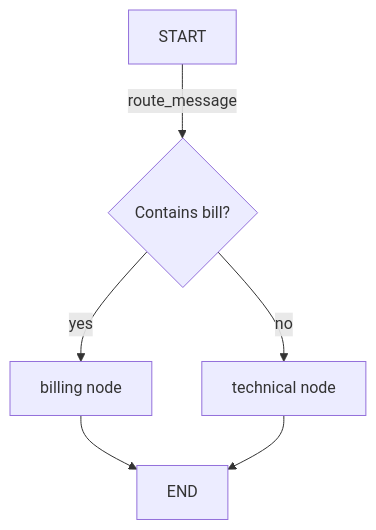
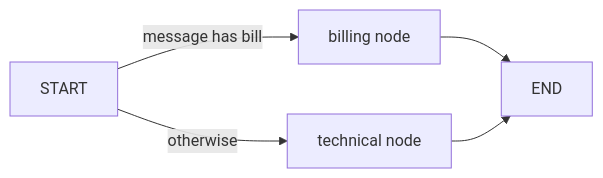
One commit to kaisarnajar/outcome-school-blogs changed the first of 2 diagrams in notes/step-11-agentic-engineering-and-agent-frameworks/143-how-does-langgraph-work.md. Above: the diagram before and after it, drawn with Mermaid. The commit also changed other lines of this file and 233 other files, not shown here.

````diff
--- a/notes/step-11-agentic-engineering-and-agent-frameworks/143-how-does-langgraph-work.md
+++ b/notes/step-11-agentic-engineering-and-agent-frameworks/143-how-does-langgraph-work.md
@@ -45,8 +58,7 @@
 ```mermaid
-flowchart TD
-    S["START"] -->|"route_message"| D{"Contains bill?"}
-    D -->|"yes"| B["billing node"]
-    D -->|"no"| T["technical node"]
-    B --> E["END"]
-    T --> E
+flowchart LR
+    ST["START"] -->|"message has bill"| BI["billing node"]
+    ST -->|"otherwise"| TE["technical node"]
+    BI --> EN["END"]
+    TE --> EN
 ```
````
